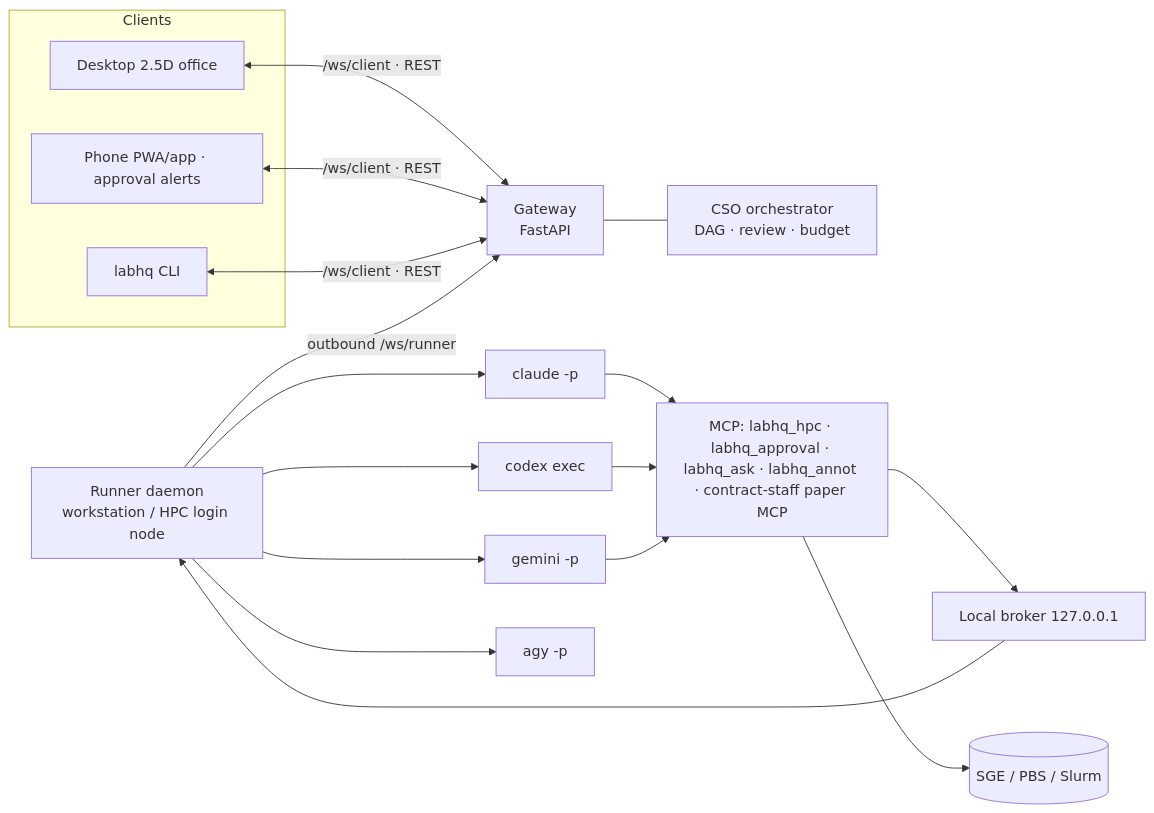
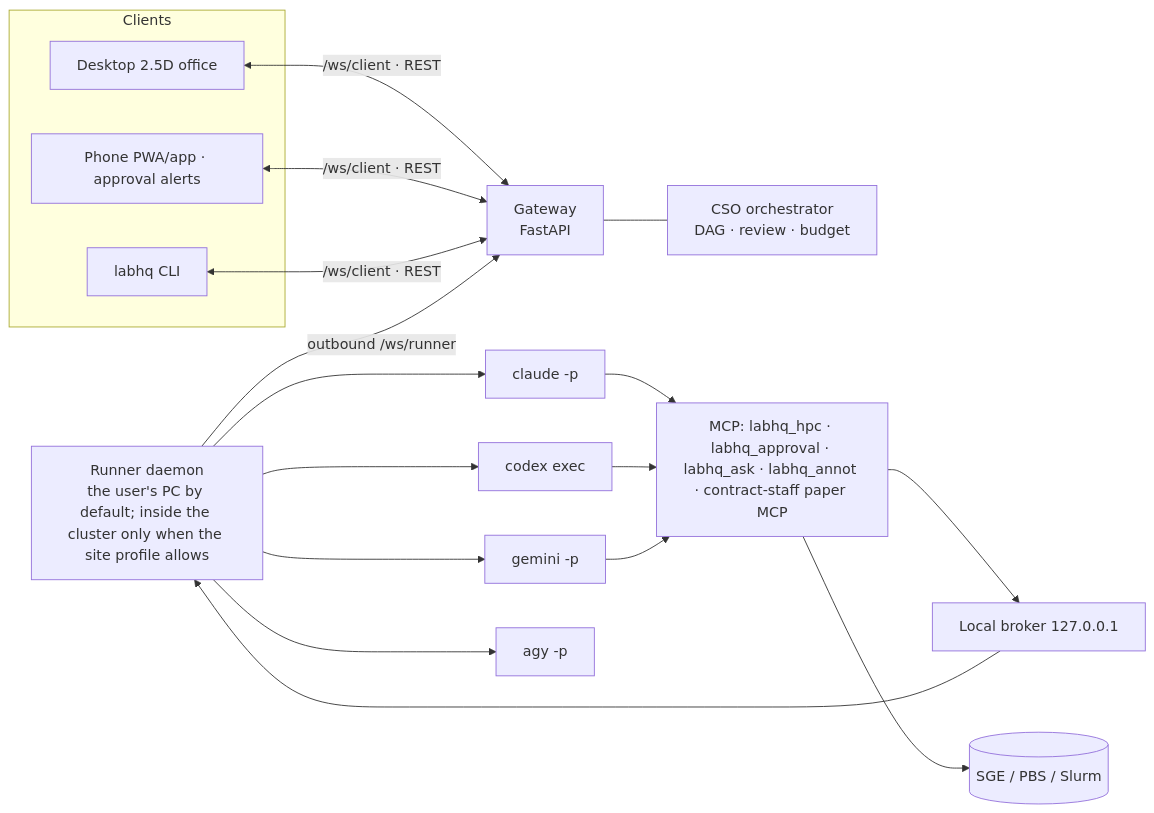
The first of 2 diagrams in docs/manual/08-structure.en.md (ehojune/bioinfo-team-3d), drawn with Mermaid before and after one commit. The commit also changed other lines of this file and 3 other files, not shown here.

````diff
--- a/docs/manual/08-structure.en.md
+++ b/docs/manual/08-structure.en.md
@@ -109,15 +109,15 @@
 ```mermaid
 flowchart LR
   subgraph Clients
     D[Desktop 2.5D office]
     M[Phone PWA/app · approval alerts]
     C[labhq CLI]
   end
   D & M & C <-->|/ws/client · REST| G[Gateway<br/>FastAPI]
   G --- O[CSO orchestrator<br/>DAG · review · budget]
-  R[Runner daemon<br/>workstation / HPC login node] -->|outbound /ws/runner| G
+  R[Runner daemon<br/>the user's PC by default; inside the cluster only when the site profile allows] -->|outbound /ws/runner| G
   R --> E1[claude -p] & E2[codex exec] & E3[gemini -p] & E4[agy -p]
   E1 & E2 & E3 --> T[MCP: labhq_hpc · labhq_approval · labhq_ask · labhq_annot · contract-staff paper MCP]
   T --> B[Local broker 127.0.0.1] --> R
   T --> H[(SGE / PBS / Slurm)]
 ```
````
